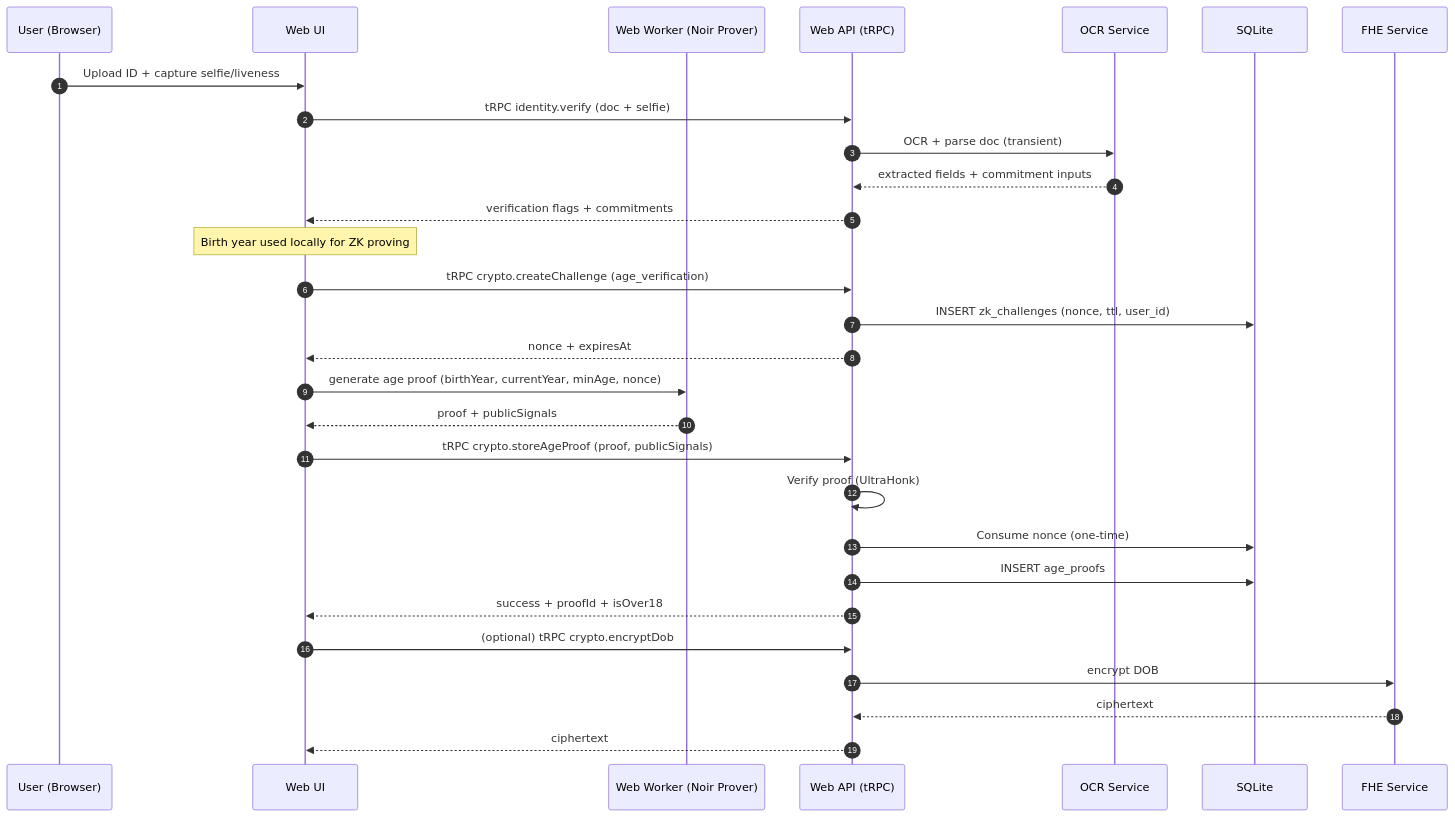
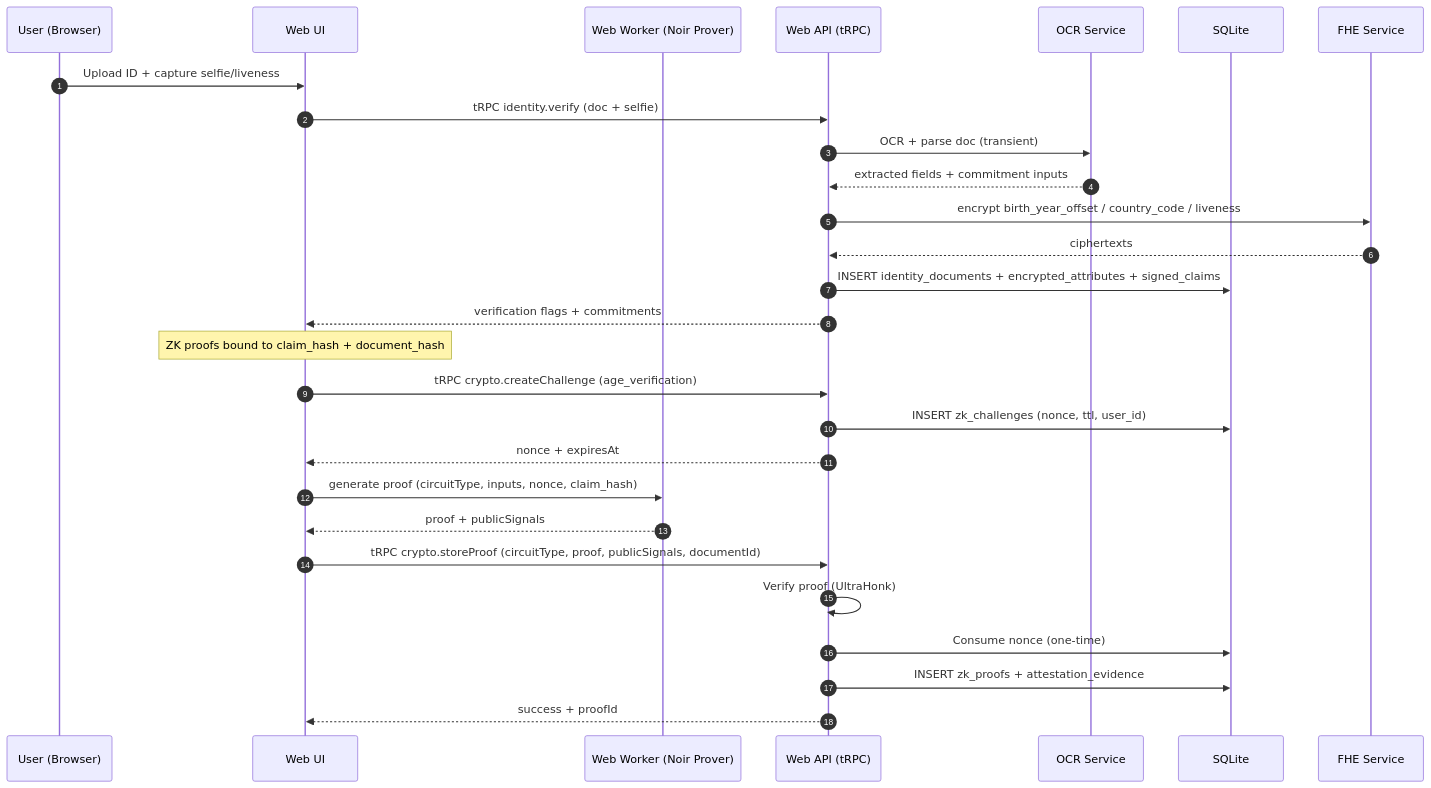
Before and after one commit to gustavovalverde/zentity: the second of 4 diagrams in docs/architecture.md, drawn with Mermaid. The commit also changed other lines of this file and 116 other files, not shown here.

First line of the commit message:
feat(architecture): refactor zk/fhe attestation pipeline

````diff
--- a/docs/architecture.md
+++ b/docs/architecture.md
@@ -194,36 +224,34 @@
 ```mermaid
 sequenceDiagram
   autonumber
   participant U as User (Browser)
   participant UI as Web UI
   participant W as Web Worker (Noir Prover)
   participant API as Web API (tRPC)
   participant OCR as OCR Service
   participant DB as SQLite
   participant FHE as FHE Service
 
   U->>UI: Upload ID + capture selfie/liveness
   UI->>API: tRPC identity.verify (doc + selfie)
   API->>OCR: OCR + parse doc (transient)
   OCR-->>API: extracted fields + commitment inputs
+  API->>FHE: encrypt birth_year_offset / country_code / liveness
+  FHE-->>API: ciphertexts
+  API->>DB: INSERT identity_documents + encrypted_attributes + signed_claims
   API-->>UI: verification flags + commitments
 
-  Note over UI: Birth year used locally for ZK proving
+  Note over UI: ZK proofs bound to claim_hash + document_hash
   UI->>API: tRPC crypto.createChallenge (age_verification)
   API->>DB: INSERT zk_challenges (nonce, ttl, user_id)
   API-->>UI: nonce + expiresAt
 
-  UI->>W: generate age proof (birthYear, currentYear, minAge, nonce)
+  UI->>W: generate proof (circuitType, inputs, nonce, claim_hash)
   W-->>UI: proof + publicSignals
 
-  UI->>API: tRPC crypto.storeAgeProof (proof, publicSignals)
+  UI->>API: tRPC crypto.storeProof (circuitType, proof, publicSignals, documentId)
   API->>API: Verify proof (UltraHonk)
   API->>DB: Consume nonce (one-time)
-  API->>DB: INSERT age_proofs
-  API-->>UI: success + proofId + isOver18
-
-  UI->>API: (optional) tRPC crypto.encryptDob
-  API->>FHE: encrypt DOB
-  FHE-->>API: ciphertext
-  API-->>UI: ciphertext
+  API->>DB: INSERT zk_proofs + attestation_evidence
+  API-->>UI: success + proofId
 ```
````
